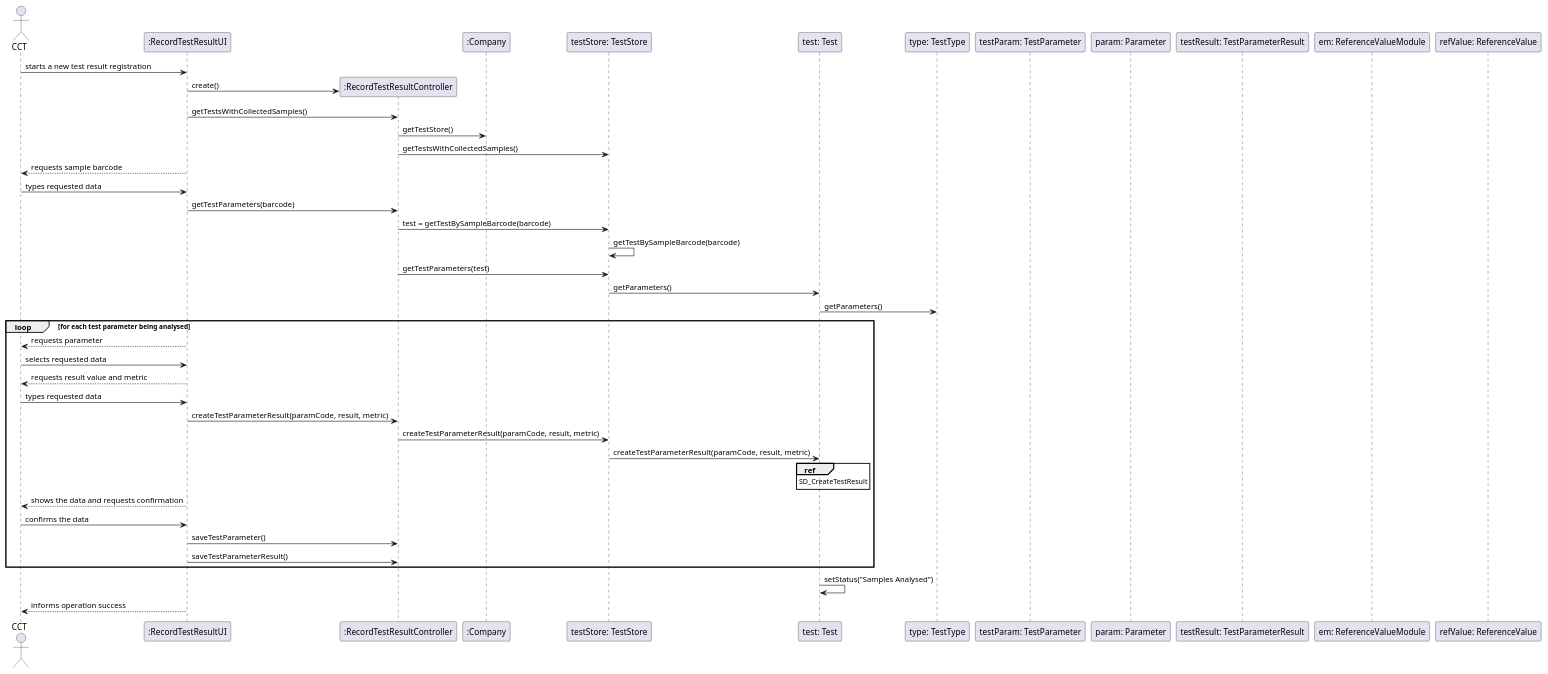
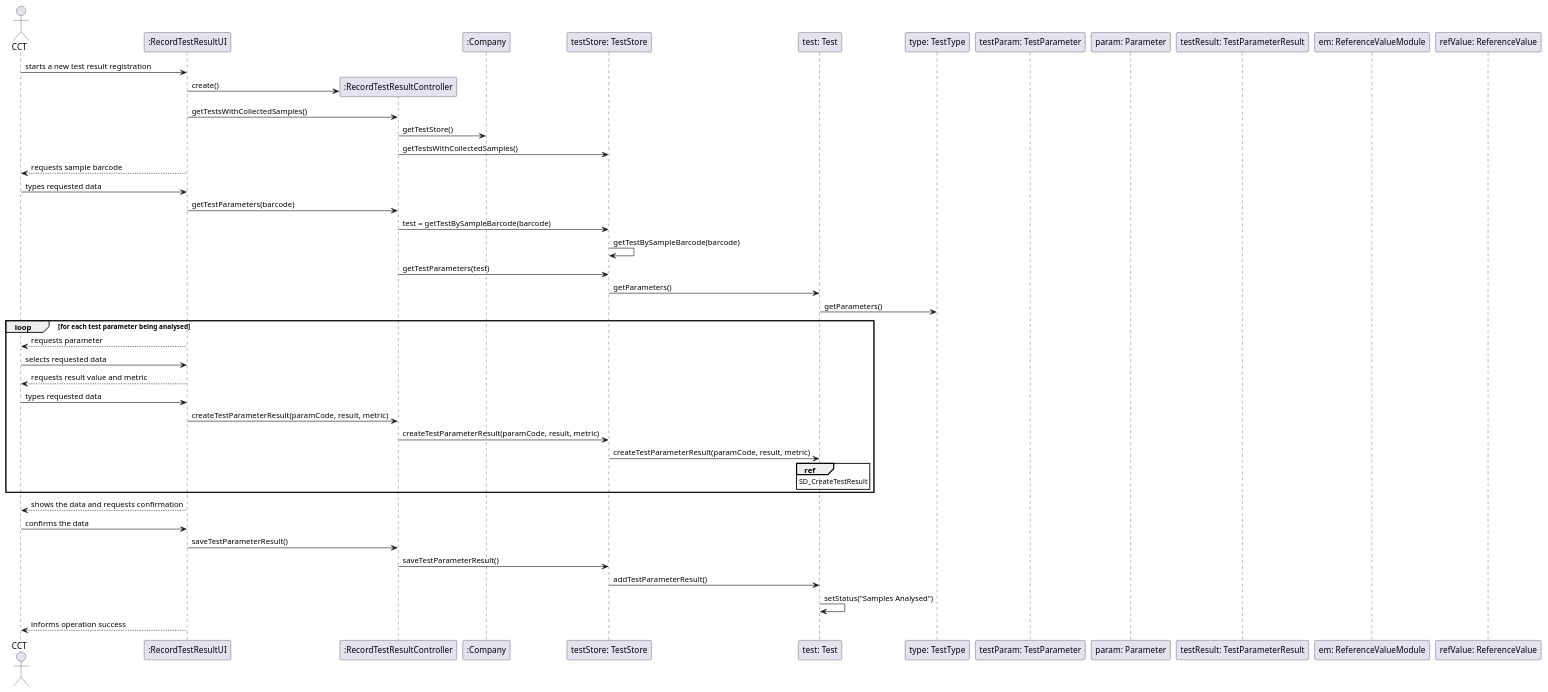
One commit to MadDinosaur/ISEP-LAPR2 changed the diagram in docs/SprintC/US12/US12_SD.puml. Above: the diagram before and after it, drawn with PlantUML. The commit also changed 6 other files, not shown here.

```diff
--- a/docs/SprintC/US12/US12_SD.puml
+++ b/docs/SprintC/US12/US12_SD.puml
@@ -1,48 +1,49 @@
 @startuml
 actor CCT as cct
 participant ":RecordTestResultUI" as ui
 participant ":RecordTestResultController" as controller
 participant ":Company" as company
 participant "testStore: TestStore" as ts
 participant "test: Test" as test
 participant "type: TestType" as type
 participant "testParam: TestParameter" as testParam
 participant "param: Parameter" as param
 participant "testResult: TestParameterResult" as testResult
 participant "em: ReferenceValueModule" as em
 participant "refValue: ReferenceValue" as refValue
 
 
 cct -> ui : starts a new test result registration
 create controller
 ui -> controller : create()
 ui -> controller : getTestsWithCollectedSamples()
 controller -> company : getTestStore()
 controller -> ts : getTestsWithCollectedSamples()
 ui --> cct : requests sample barcode
 cct -> ui : types requested data
 ui -> controller : getTestParameters(barcode)
 controller -> ts : test = getTestBySampleBarcode(barcode)
 ts -> ts : getTestBySampleBarcode(barcode)
 controller -> ts : getTestParameters(test)
 ts -> test : getParameters()
 test -> type : getParameters()
 loop for each test parameter being analysed
 ui --> cct : requests parameter
 cct -> ui : selects requested data
 ui --> cct : requests result value and metric
 cct -> ui : types requested data
 ui -> controller : createTestParameterResult(paramCode, result, metric)
 controller -> ts : createTestParameterResult(paramCode, result, metric)
 ts -> test : createTestParameterResult(paramCode, result, metric)
 ref over test : SD_CreateTestResult
+end loop
 ui --> cct : shows the data and requests confirmation
 cct -> ui : confirms the data
-ui -> controller : saveTestParameter()
 ui -> controller : saveTestParameterResult()
-end loop
+controller -> ts : saveTestParameterResult()
+ts -> test : addTestParameterResult()
 test -> test : setStatus("Samples Analysed")
 ui --> cct : informs operation success
 
 
 @enduml
```
